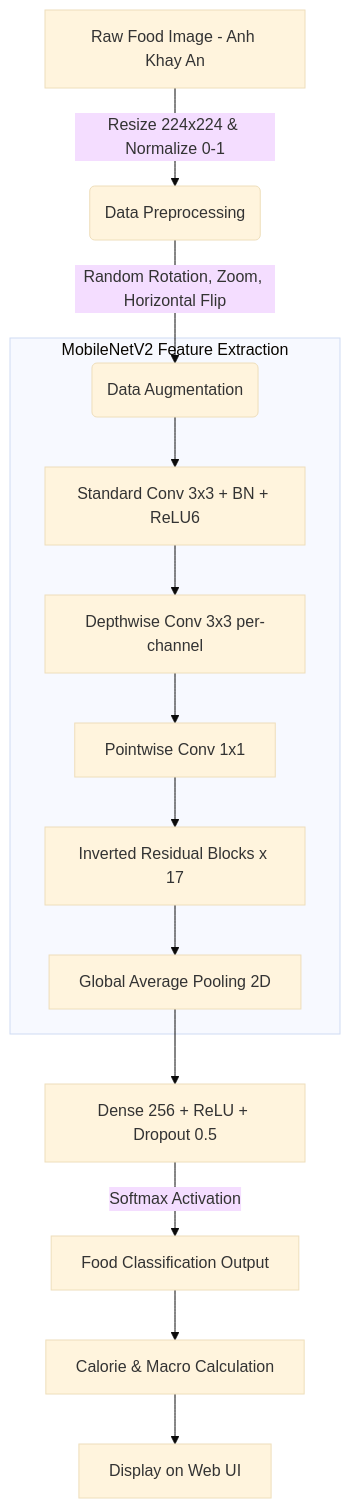
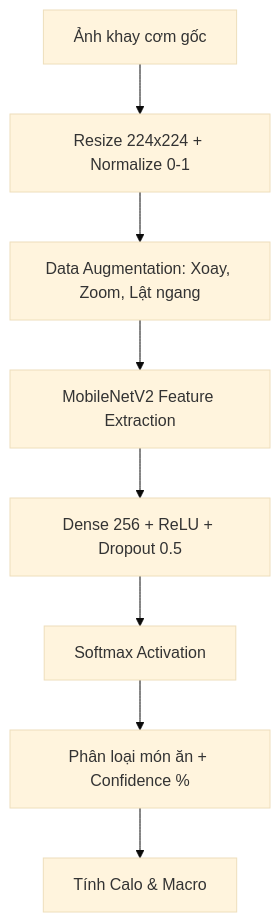
The fourth of 11 diagrams in README.md (DevOpsLogistics/FoodVision-Ai), drawn with Mermaid (base theme) before and after one commit. The commit also changed other lines of this file, not shown here.

Commit message:
Docs: Fix Vietnamese diacritics, simplify Mermaid diagrams, remove UI implementation details

````diff
--- a/README.md
+++ b/README.md
@@ -291,18 +230,10 @@
 ```mermaid
 graph TD
-    A["Raw Food Image - Anh Khay An"] -->|"Resize 224x224 & Normalize 0-1"| B("Data Preprocessing")
-    B -->|"Random Rotation, Zoom, Horizontal Flip"| C("Data Augmentation")
-    
-    subgraph CNN_Architecture ["MobileNetV2 Feature Extraction"]
-    C --> D["Standard Conv 3x3 + BN + ReLU6"]
-    D --> E["Depthwise Conv 3x3 per-channel"]
-    E --> F["Pointwise Conv 1x1"]
-    F --> G["Inverted Residual Blocks x 17"]
-    G --> H["Global Average Pooling 2D"]
-    end
-    
-    H --> I["Dense 256 + ReLU + Dropout 0.5"]
-    I -->|"Softmax Activation"| J["Food Classification Output"]
-    J --> K["Calorie & Macro Calculation"]
-    K --> L["Display on Web UI"]
+    A["Ảnh khay cơm gốc"] --> B["Resize 224x224 + Normalize 0-1"]
+    B --> C["Data Augmentation: Xoay, Zoom, Lật ngang"]
+    C --> D["MobileNetV2 Feature Extraction"]
+    D --> E["Dense 256 + ReLU + Dropout 0.5"]
+    E --> F["Softmax Activation"]
+    F --> G["Phân loại món ăn + Confidence %"]
+    G --> H["Tính Calo & Macro"]
 ```
````
